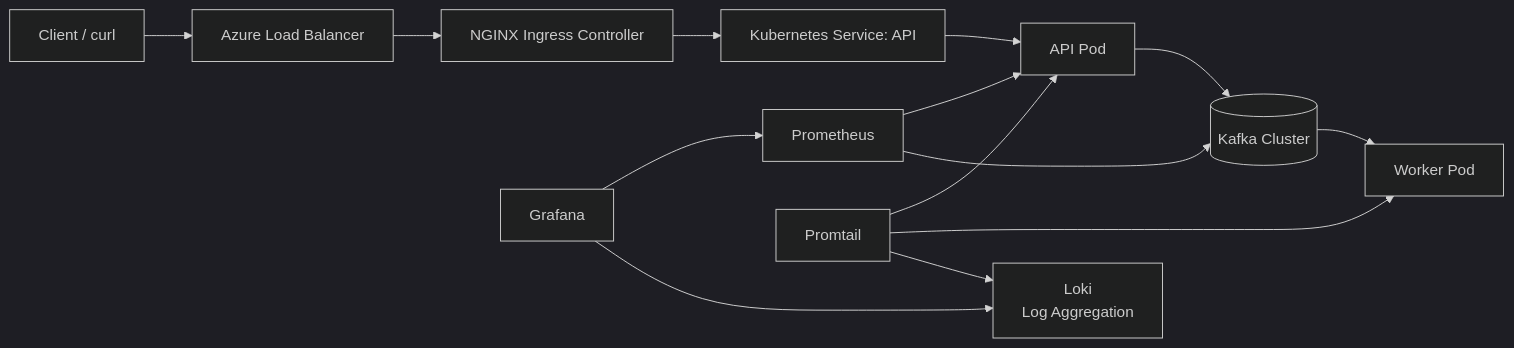
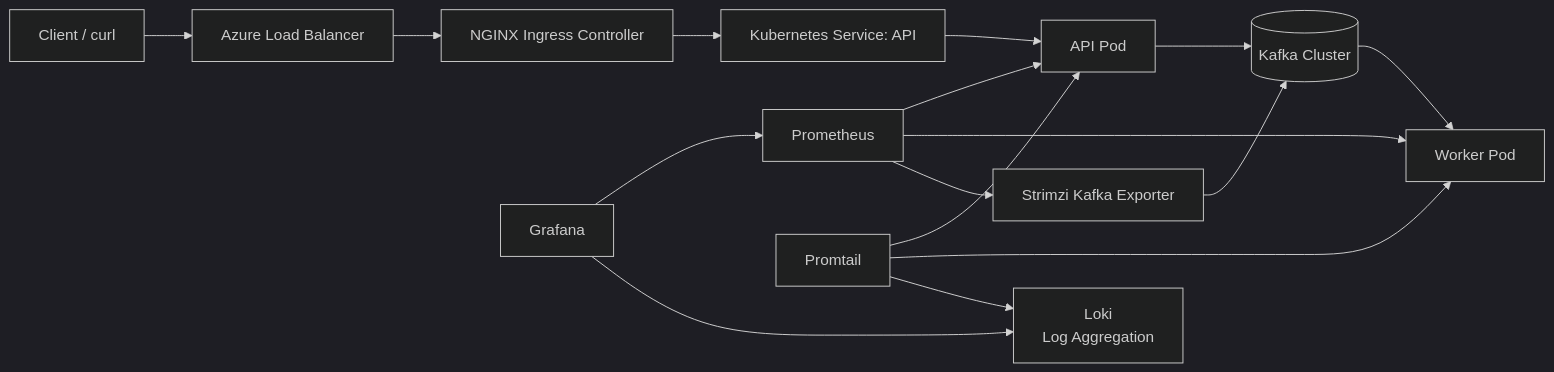
One commit to Hugobsb/cloud-architecture-study changed the first of 3 diagrams in README.md. Above: the diagram before and after it, drawn with Mermaid (dark theme). The commit also changed other lines of this file and 13 other files, not shown here.

````diff
--- a/README.md
+++ b/README.md
@@ -27,25 +27,27 @@
 ```mermaid
 flowchart LR
 
 Client[Client / curl] --> LB[Azure Load Balancer]
 LB --> Ingress[NGINX Ingress Controller]
 
 Ingress --> ServiceAPI[Kubernetes Service: API]
 ServiceAPI --> PodAPI[API Pod]
 
 PodAPI --> Kafka[(Kafka Cluster)]
 
 Kafka --> WorkerPod[Worker Pod]
+KafkaExporter[Strimzi Kafka Exporter] --> Kafka
 
 Prometheus --> PodAPI
-Prometheus --> Kafka
+Prometheus --> WorkerPod
+Prometheus --> KafkaExporter
 
 Promtail --> PodAPI
 Promtail --> WorkerPod
 
 Loki[Loki<br/>Log Aggregation]
 Promtail --> Loki
 
 Grafana --> Prometheus
 Grafana --> Loki
 ```
````
